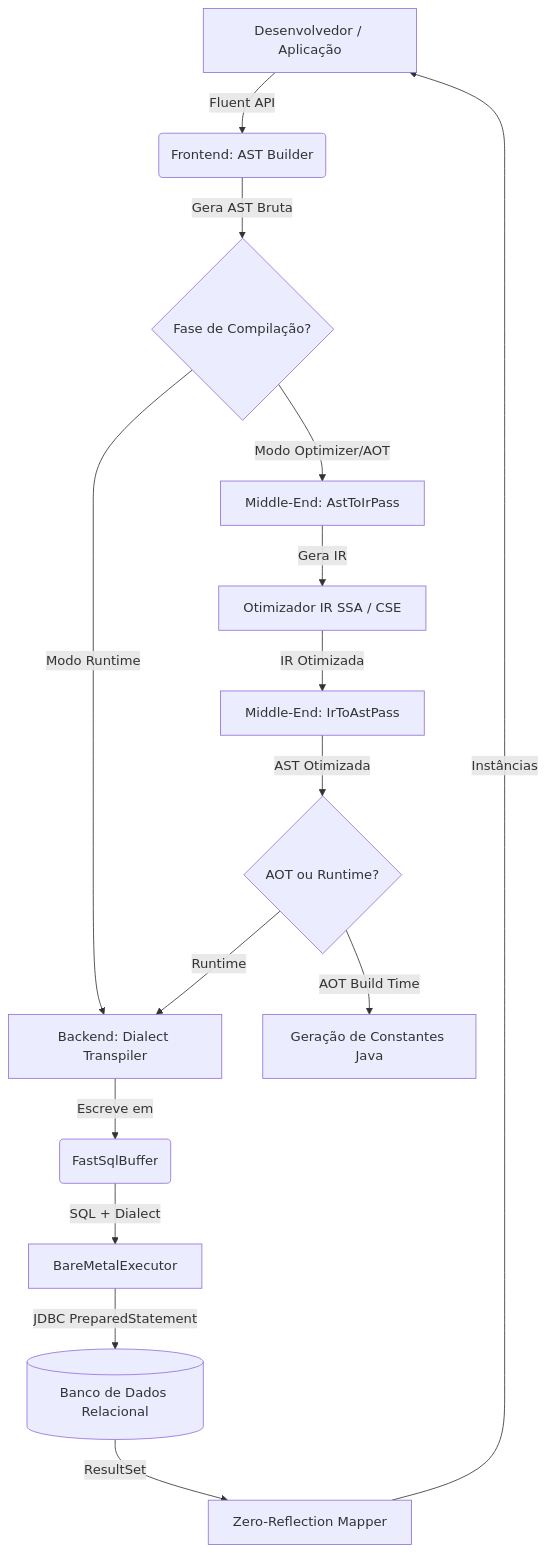
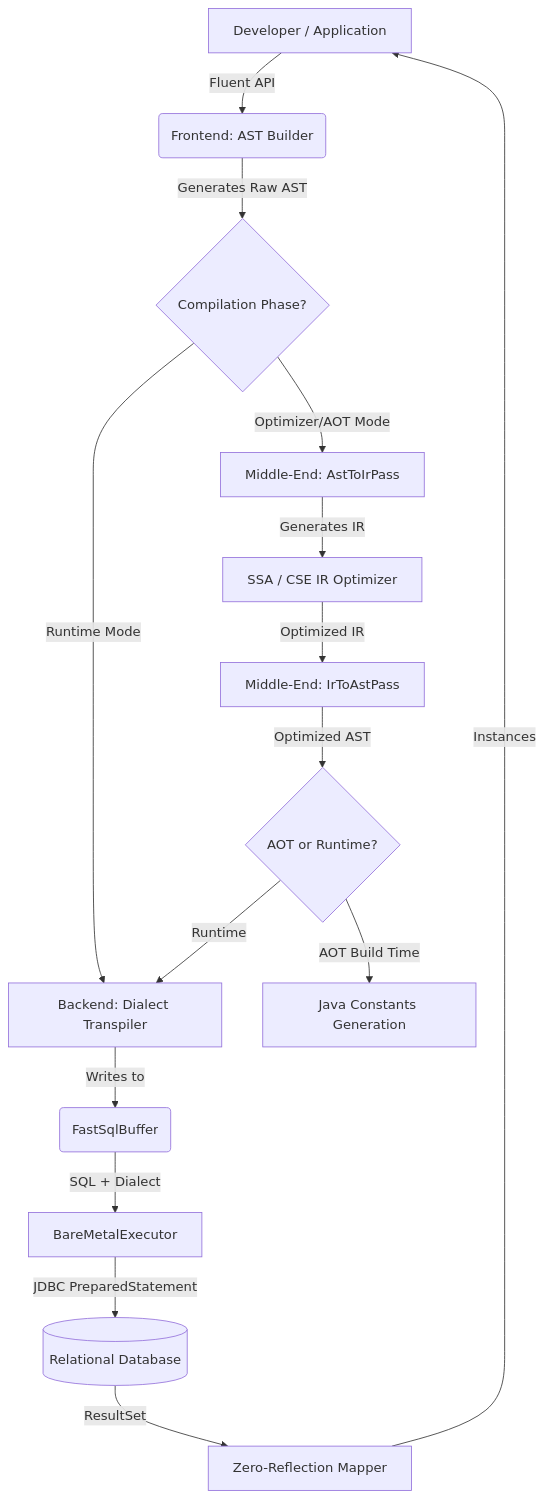
Before and after one commit to Bare-Sql-Engine/bare-sql-java: the first of 3 diagrams in README.md, drawn with Mermaid. The commit also changed other lines of this file and 1 other file, not shown here.

````diff
--- a/README.md
+++ b/README.md
@@ -28,21 +28,21 @@
 ```mermaid
 flowchart TD
-    A[Desenvolvedor / Aplicação] -->|Fluent API| B(Frontend: AST Builder)
-    B -->|Gera AST Bruta| C{Fase de Compilação?}
+    A[Developer / Application] -->|Fluent API| B(Frontend: AST Builder)
+    B -->|Generates Raw AST| C{Compilation Phase?}
     
-    C -->|Modo Runtime| D[Backend: Dialect Transpiler]
-    C -->|Modo Optimizer/AOT| E[Middle-End: AstToIrPass]
+    C -->|Runtime Mode| D[Backend: Dialect Transpiler]
+    C -->|Optimizer/AOT Mode| E[Middle-End: AstToIrPass]
     
-    E -->|Gera IR| F[Otimizador IR SSA / CSE]
-    F -->|IR Otimizada| G[Middle-End: IrToAstPass]
-    G -->|AST Otimizada| H{AOT ou Runtime?}
+    E -->|Generates IR| F[SSA / CSE IR Optimizer]
+    F -->|Optimized IR| G[Middle-End: IrToAstPass]
+    G -->|Optimized AST| H{AOT or Runtime?}
     
-    H -->|AOT Build Time| I[Geração de Constantes Java]
+    H -->|AOT Build Time| I[Java Constants Generation]
     H -->|Runtime| D
     
-    D -->|Escreve em| J(FastSqlBuffer)
+    D -->|Writes to| J(FastSqlBuffer)
     J -->|SQL + Dialect| K[BareMetalExecutor]
-    K -->|JDBC PreparedStatement| L[(Banco de Dados Relacional)]
+    K -->|JDBC PreparedStatement| L[(Relational Database)]
     L -->|ResultSet| M[Zero-Reflection Mapper]
-    M -->|Instâncias| A
+    M -->|Instances| A
 ```
````
